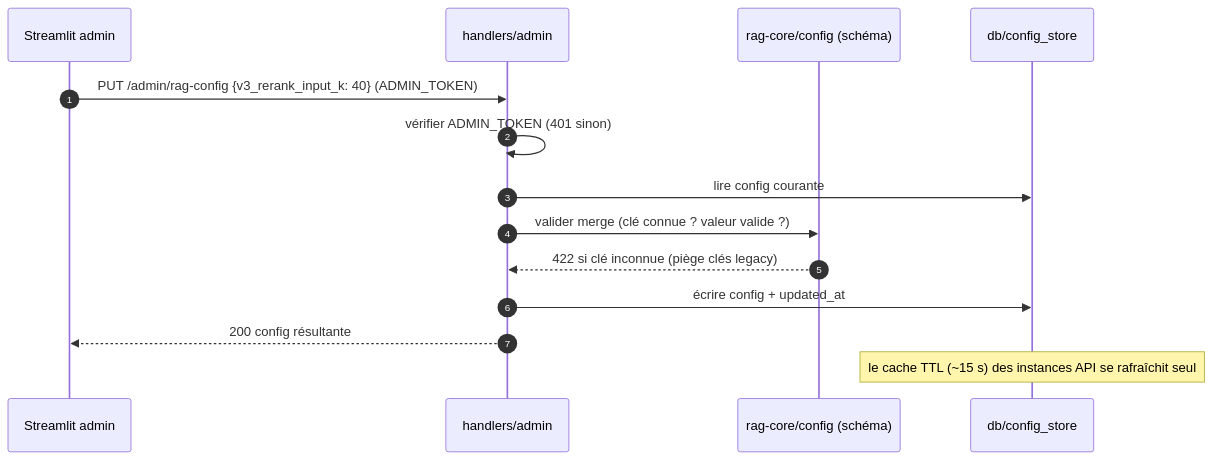
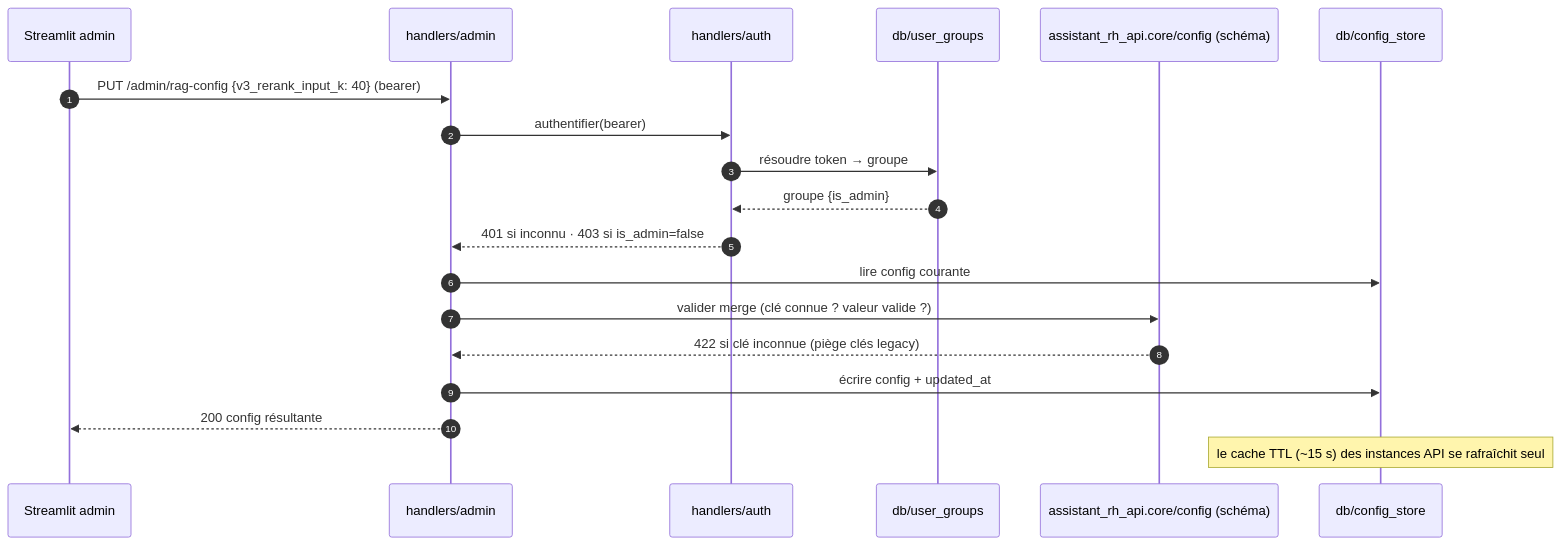
One commit to DGAFP/assistant-rh changed the fourth of 6 diagrams in docs/architecture/hexagonal-split/03-sequence-diagrams.md. Above: the diagram before and after it, drawn with Mermaid. The commit also changed other lines of this file and 7 other files, not shown here.

````diff
--- a/docs/architecture/hexagonal-split/03-sequence-diagrams.md
+++ b/docs/architecture/hexagonal-split/03-sequence-diagrams.md
@@ -98,17 +100,22 @@
 ```mermaid
 sequenceDiagram
     autonumber
     participant ST as Streamlit admin
     participant H as handlers/admin
-    participant CORE as rag-core/config (schéma)
+    participant A as handlers/auth
+    participant UG as db/user_groups
+    participant CORE as assistant_rh_api.core/config (schéma)
     participant CFG as db/config_store
 
-    ST->>H: PUT /admin/rag-config {v3_rerank_input_k: 40} (ADMIN_TOKEN)
-    H->>H: vérifier ADMIN_TOKEN (401 sinon)
+    ST->>H: PUT /admin/rag-config {v3_rerank_input_k: 40} (bearer)
+    H->>A: authentifier(bearer)
+    A->>UG: résoudre token → groupe
+    UG-->>A: groupe {is_admin}
+    A-->>H: 401 si inconnu · 403 si is_admin=false
     H->>CFG: lire config courante
     H->>CORE: valider merge (clé connue ? valeur valide ?)
     CORE-->>H: 422 si clé inconnue (piège clés legacy)
     H->>CFG: écrire config + updated_at
     H-->>ST: 200 config résultante
     Note over CFG: le cache TTL (~15 s) des instances API se rafraîchit seul
 ```
````
